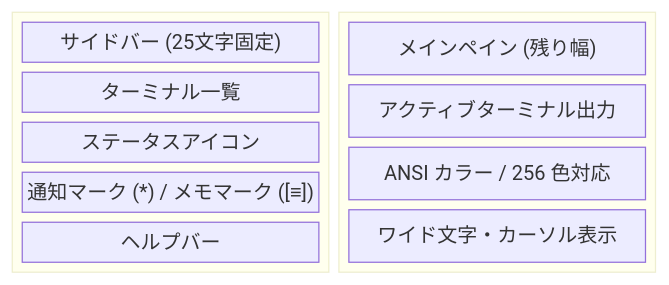
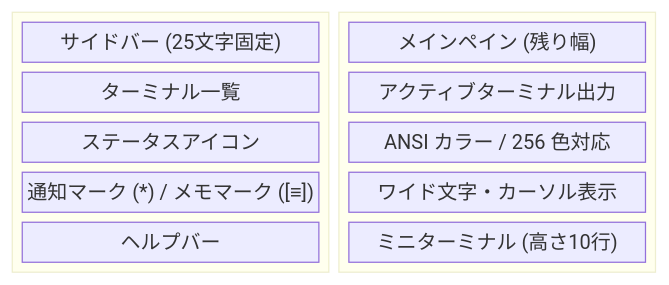
The second of 6 diagrams in README.md (Kobayashi-takumi/cli-manager), drawn with Mermaid before and after one commit. The commit also changed other lines of this file, not shown here.

````diff
--- a/README.md
+++ b/README.md
@@ -196,19 +217,20 @@
 ```mermaid
 block-beta
     columns 2
     block:sidebar:1
         columns 1
         A["サイドバー (25文字固定)"]
         B["ターミナル一覧"]
         C["ステータスアイコン"]
         D["通知マーク (*) / メモマーク ([≡])"]
         E["ヘルプバー"]
     end
     block:main:1
         columns 1
         F["メインペイン (残り幅)"]
         G["アクティブターミナル出力"]
         H["ANSI カラー / 256 色対応"]
         I["ワイド文字・カーソル表示"]
+        J["ミニターミナル (高さ10行)"]
     end
 ```
````
